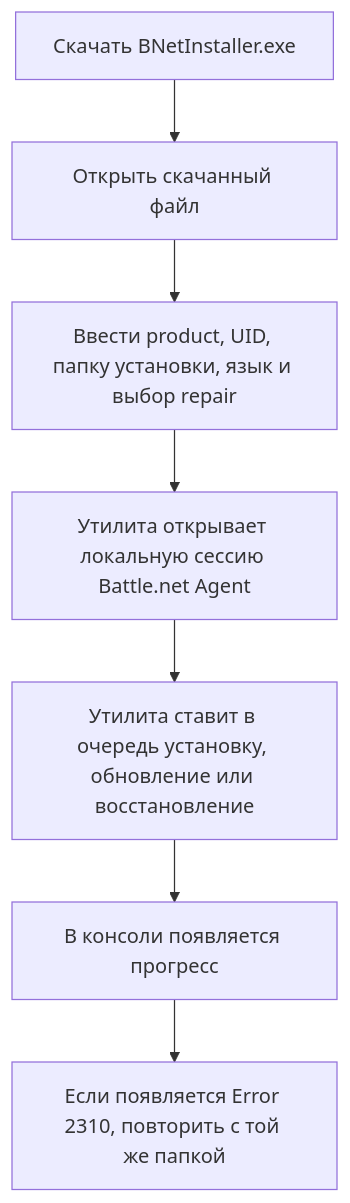
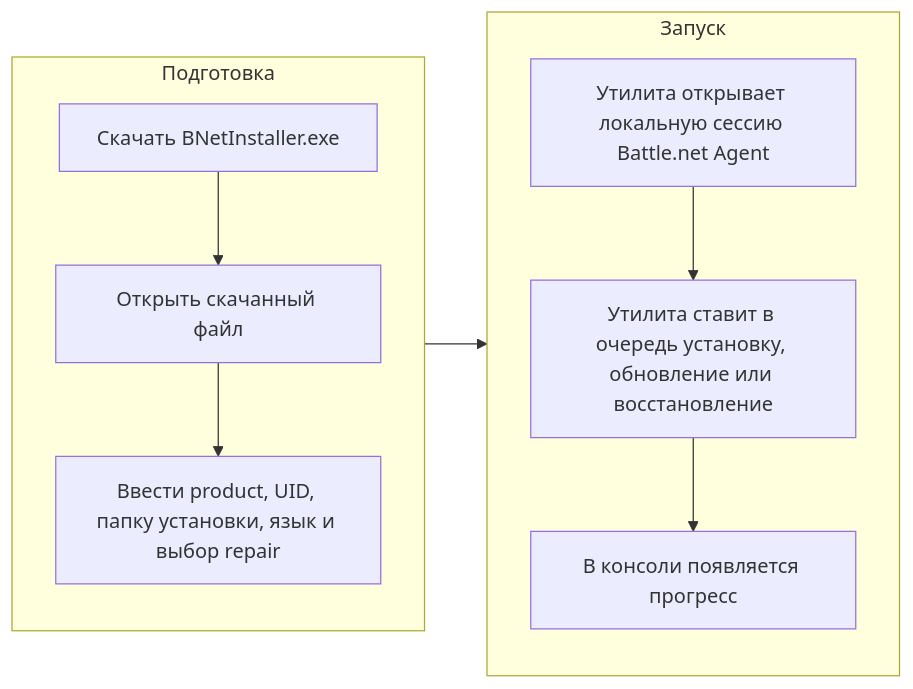
Before and after one commit to DokPlay/Battle.Net-Installer: the diagram in README.ru.md, drawn with Mermaid. The commit also changed 1 other file, not shown here.

Commit message:
Split README flow diagrams into two columns

````diff
--- a/README.ru.md
+++ b/README.ru.md
@@ -52,9 +52,14 @@
 ```mermaid
-flowchart TB
-    A["Скачать BNetInstaller.exe"] --> B["Открыть скачанный файл"]
-    B --> C["Ввести product, UID, папку установки, язык и выбор repair"]
-    C --> D["Утилита открывает локальную сессию Battle.net Agent"]
-    D --> E["Утилита ставит в очередь установку, обновление или восстановление"]
-    E --> F["В консоли появляется прогресс"]
-    F --> G["Если появляется Error 2310, повторить с той же папкой"]
+flowchart LR
+    subgraph LEFT["Подготовка"]
+        direction TB
+        A["Скачать BNetInstaller.exe"] --> B["Открыть скачанный файл"] --> C["Ввести product, UID, папку установки, язык и выбор repair"]
+    end
+
+    subgraph RIGHT["Запуск"]
+        direction TB
+        D["Утилита открывает локальную сессию Battle.net Agent"] --> E["Утилита ставит в очередь установку, обновление или восстановление"] --> F["В консоли появляется прогресс"]
+    end
+
+    C --> D
 ```
````
